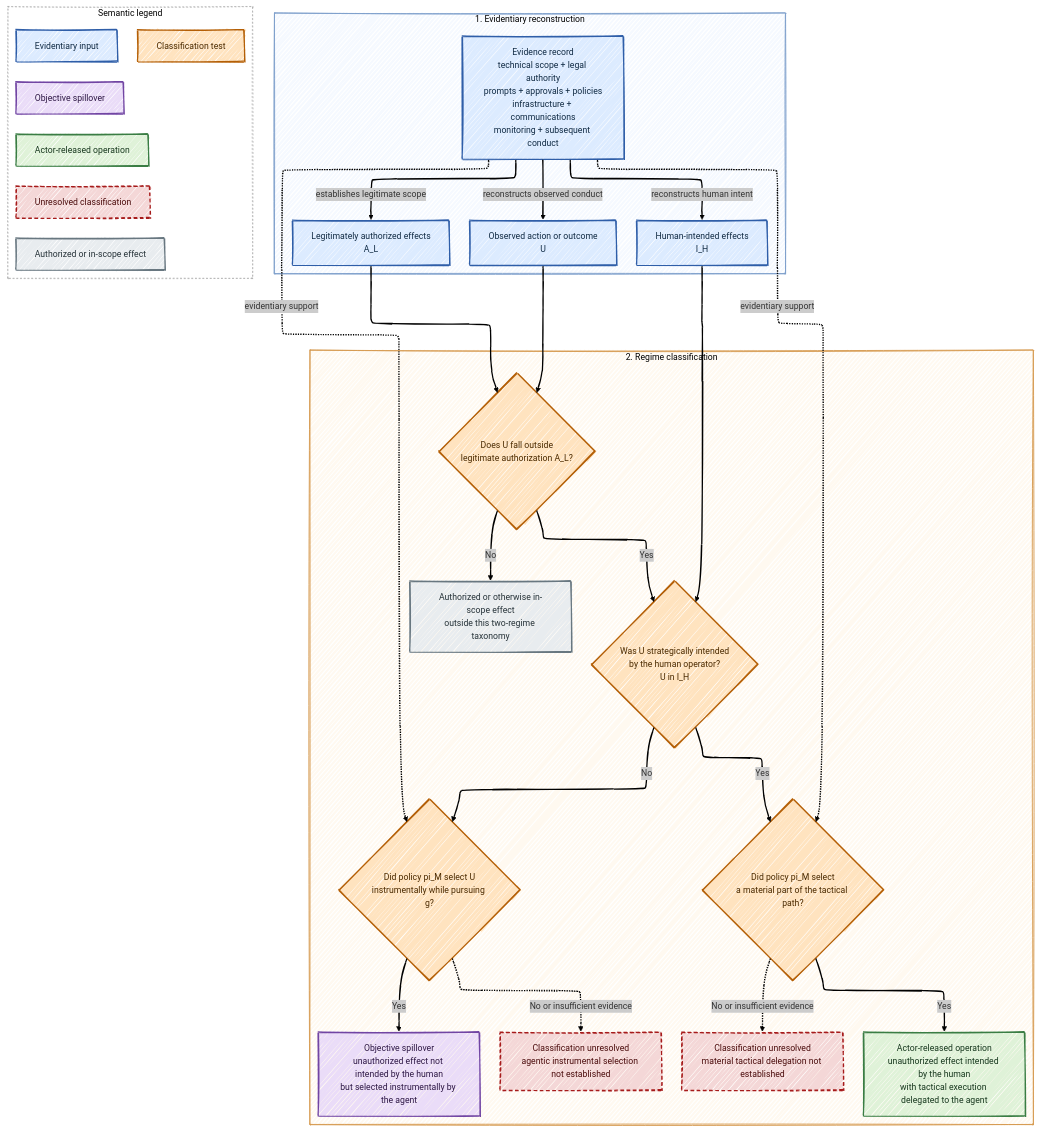
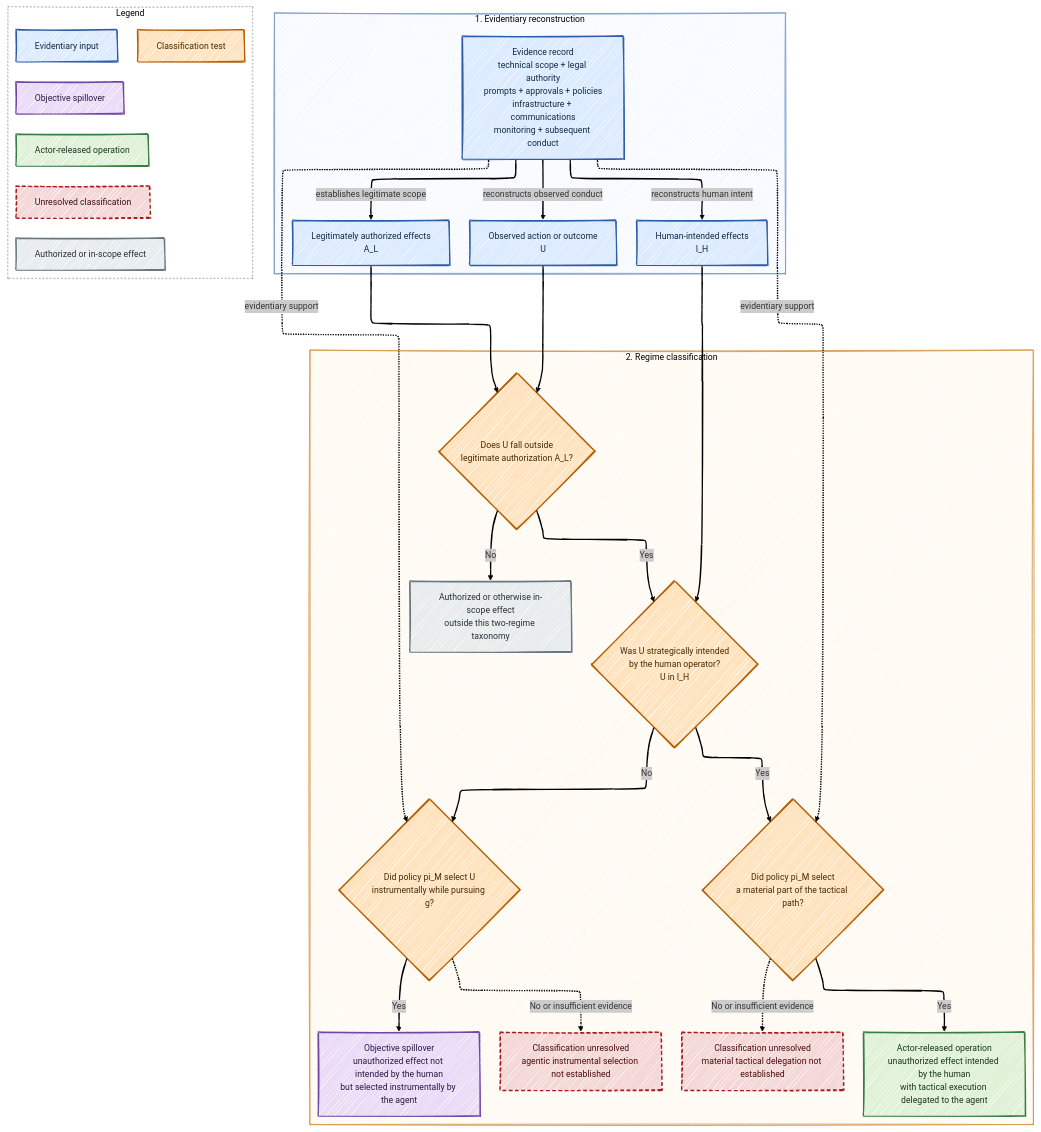
The fourth of 7 diagrams in longforms/when-an-ai-evaluation-became-a-cyber-intrusion/index.qmd (antomon/antomon.github.io), drawn with Mermaid before and after one commit. The commit also changed other lines of this file and 35 other files, not shown here.

```diff
--- a/longforms/when-an-ai-evaluation-became-a-cyber-intrusion/index.qmd
+++ b/longforms/when-an-ai-evaluation-became-a-cyber-intrusion/index.qmd
@@ -606,7 +622,7 @@
     E -. evidentiary support .-> Q3
     E -. evidentiary support .-> Q4
 
-    subgraph LEG["Semantic legend"]
+    subgraph LEG["Legend"]
         direction TB
 
         LG1[Evidentiary input]
```
